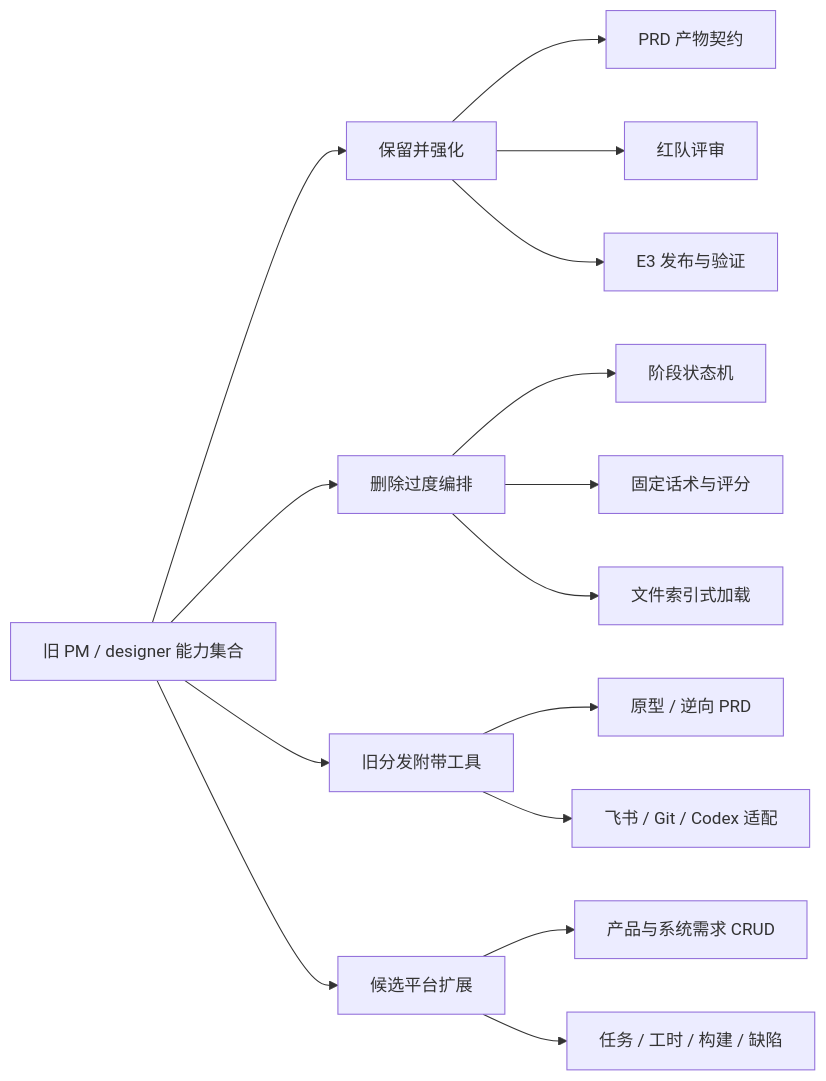
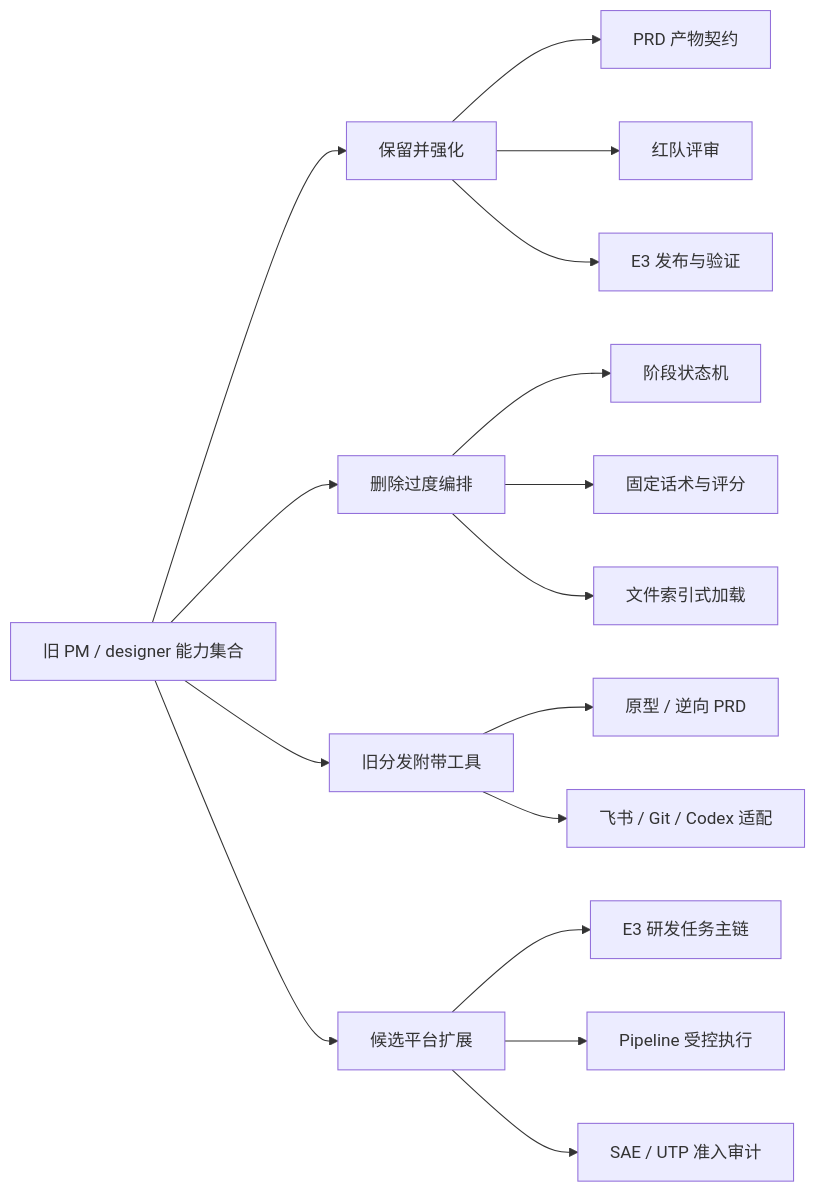
Before and after one commit to quanxinwang18-a11y/plainOEC-infra: the fourth of 4 diagrams in migration.md, drawn with Mermaid. The commit also changed other lines of this file and 5 other files, not shown here.

````diff
--- a/migration.md
+++ b/migration.md
@@ -600,18 +628,19 @@
 ```mermaid
 flowchart LR
     OLD["旧 PM / designer 能力集合"] --> KEEP["保留并强化"]
     OLD --> REMOVE["删除过度编排"]
     OLD --> BUNDLED["旧分发附带工具"]
     OLD --> PLATFORM["候选平台扩展"]
 
     KEEP --> K1["PRD 产物契约"]
     KEEP --> K2["红队评审"]
     KEEP --> K3["E3 发布与验证"]
     REMOVE --> R1["阶段状态机"]
     REMOVE --> R2["固定话术与评分"]
     REMOVE --> R3["文件索引式加载"]
     BUNDLED --> B1["原型 / 逆向 PRD"]
     BUNDLED --> B2["飞书 / Git / Codex 适配"]
-    PLATFORM --> P1["产品与系统需求 CRUD"]
-    PLATFORM --> P2["任务 / 工时 / 构建 / 缺陷"]
+    PLATFORM --> P1["E3 研发任务主链"]
+    PLATFORM --> P2["Pipeline 受控执行"]
+    PLATFORM --> P3["SAE / UTP 准入审计"]
 ```
````
